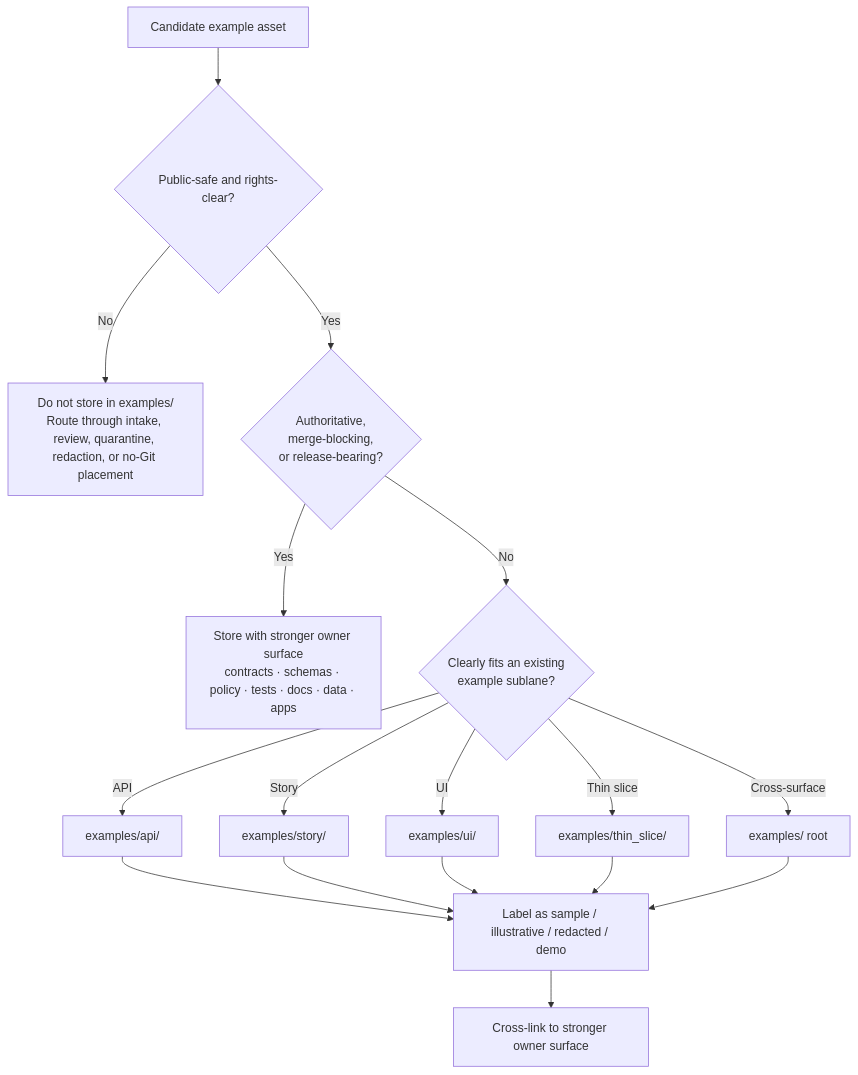
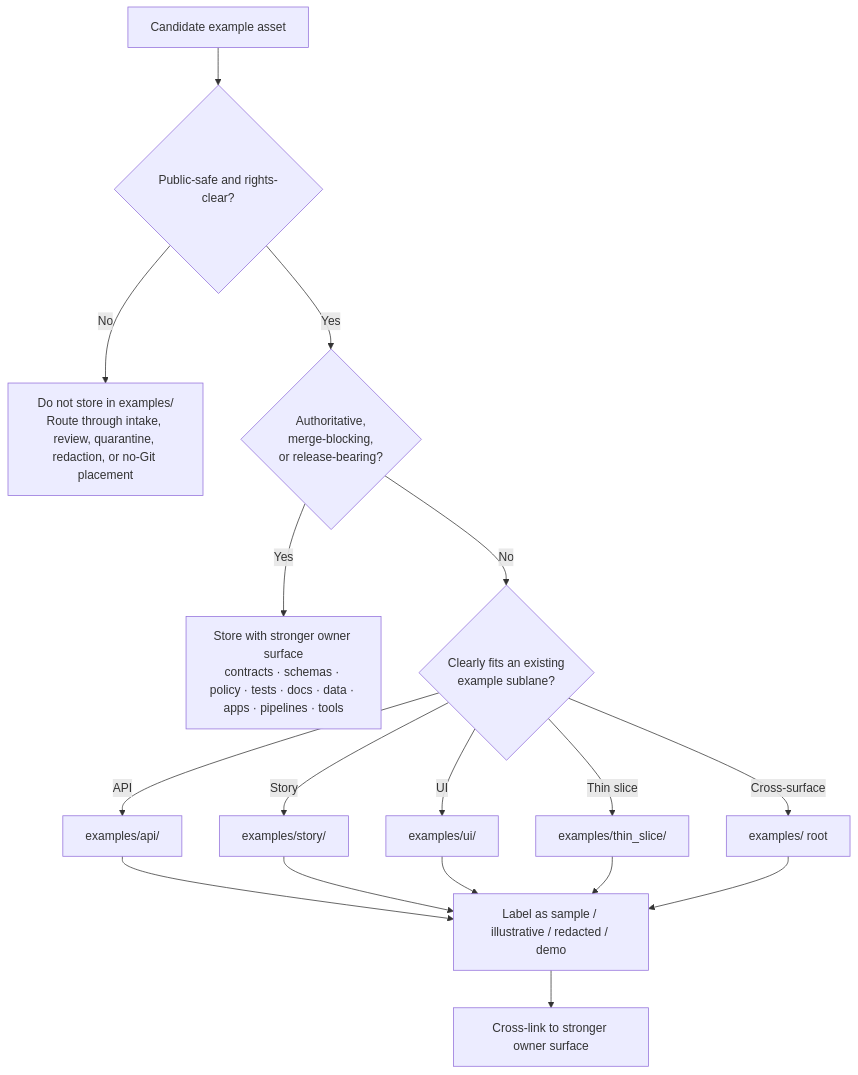
The diagram in examples/README.md (bartytime4life/Kansas-Frontier-Matrix), drawn with Mermaid before and after one commit. The commit also changed other lines of this file, not shown here.

````diff
--- a/examples/README.md
+++ b/examples/README.md
@@ -331,19 +340,19 @@
 ```mermaid
 flowchart TD
     A[Candidate example asset] --> B{Public-safe and rights-clear?}
     B -- No --> X[Do not store in examples/<br/>Route through intake, review, quarantine, redaction, or no-Git placement]
     B -- Yes --> C{Authoritative,<br/>merge-blocking,<br/>or release-bearing?}
-    C -- Yes --> Y[Store with stronger owner surface<br/>contracts · schemas · policy · tests · docs · data · apps]
+    C -- Yes --> Y[Store with stronger owner surface<br/>contracts · schemas · policy · tests · docs · data · apps · pipelines · tools]
     C -- No --> D{Clearly fits an existing<br/>example sublane?}
     D -- API --> E[examples/api/]
     D -- Story --> F[examples/story/]
     D -- UI --> G[examples/ui/]
     D -- Thin slice --> H[examples/thin_slice/]
     D -- Cross-surface --> I[examples/ root]
     E --> J[Label as sample / illustrative / redacted / demo]
     F --> J
     G --> J
     H --> J
     I --> J
     J --> K[Cross-link to stronger owner surface]
 ```
````
